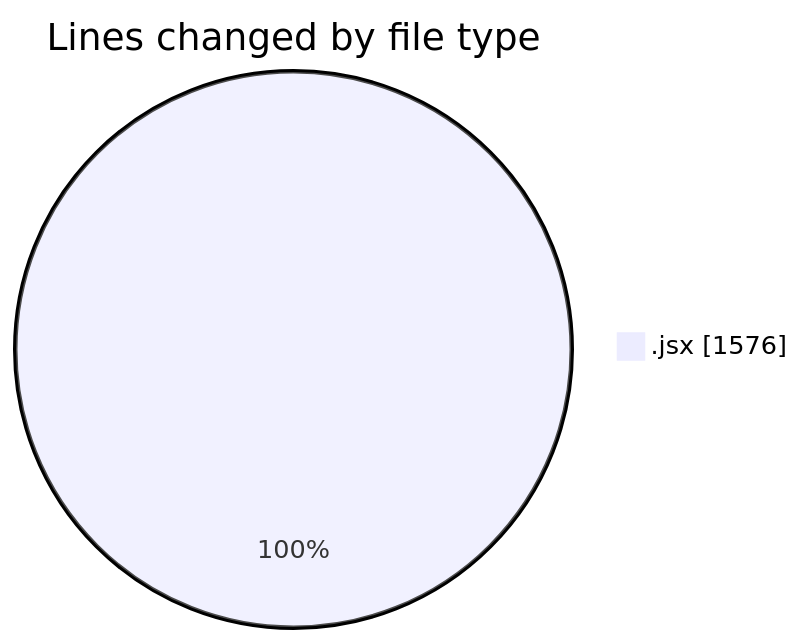
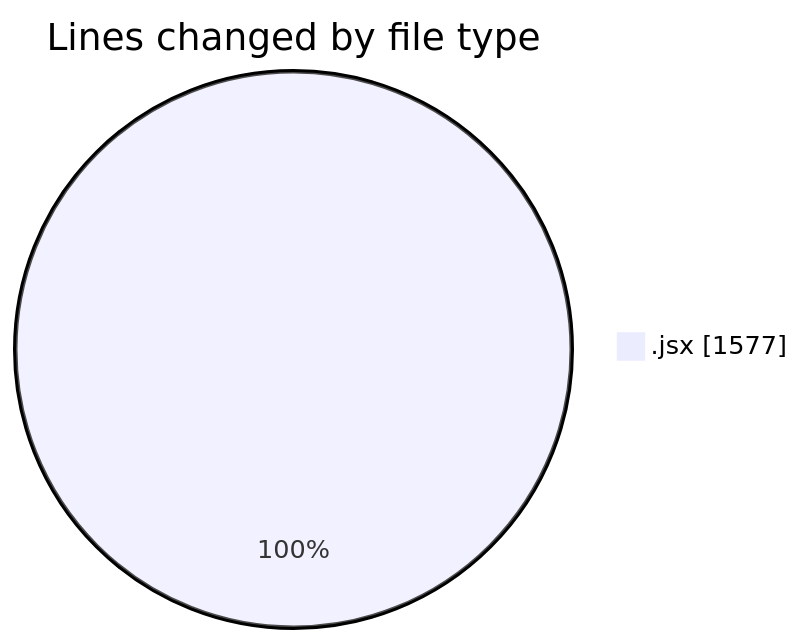
One commit to nxtqubesakshisongat/code-tracking changed the first of 2 diagrams in 2025-08-01/nxtqube_webapp/README.md. Above: the diagram before and after it, drawn with Mermaid. The commit also changed other lines of this file and 1 other file, not shown here.

````diff
--- a/2025-08-01/nxtqube_webapp/README.md
+++ b/2025-08-01/nxtqube_webapp/README.md
@@ -24,5 +24,5 @@
 ```mermaid
 pie showData
 title Lines changed by file type
-".jsx" : 1576
+".jsx" : 1577
 ```
````
